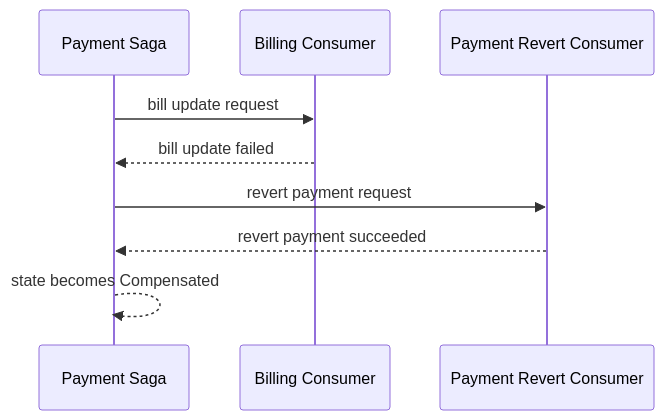
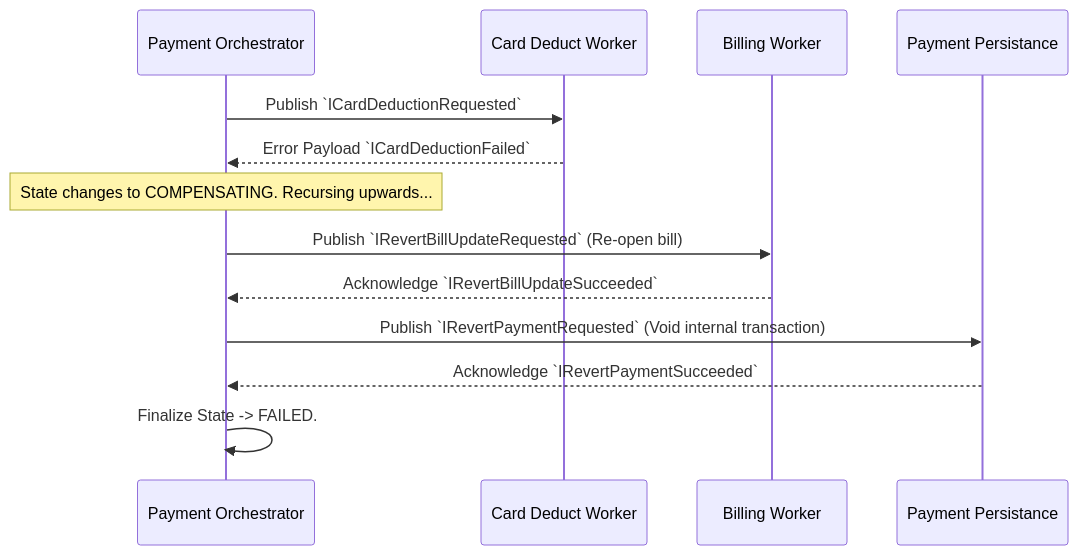
Before and after one commit to TirtharajBarma/cred-vault: the ninth of 9 diagrams in src/docs/LLD.md, drawn with Mermaid. The commit also changed other lines of this file and 17 other files, not shown here.

````diff
--- a/src/docs/LLD.md
+++ b/src/docs/LLD.md
@@ -657,12 +452,20 @@
 ```mermaid
 sequenceDiagram
-    participant SG as Payment Saga
-    participant BI as Billing Consumer
-    participant PA as Payment Revert Consumer
+    participant PA as Payment Orchestrator
+    participant CA as Card Deduct Worker
+    participant BI as Billing Worker
+    participant PR as Payment Persistance
 
-    SG->>BI: bill update request
-    BI-->>SG: bill update failed
-    SG->>PA: revert payment request
-    PA-->>SG: revert payment succeeded
-    SG-->>SG: state becomes Compensated
+    PA->>CA: Publish `ICardDeductionRequested`
+    CA-->>PA: Error Payload `ICardDeductionFailed`
+
+    Note over PA: State changes to COMPENSATING. Recursing upwards...
+
+    PA->>BI: Publish `IRevertBillUpdateRequested` (Re-open bill)
+    BI-->>PA: Acknowledge `IRevertBillUpdateSucceeded`
+    
+    PA->>PR: Publish `IRevertPaymentRequested` (Void internal transaction)
+    PR-->>PA: Acknowledge `IRevertPaymentSucceeded`
+
+    PA->>PA: Finalize State -> FAILED.
 ```
````
